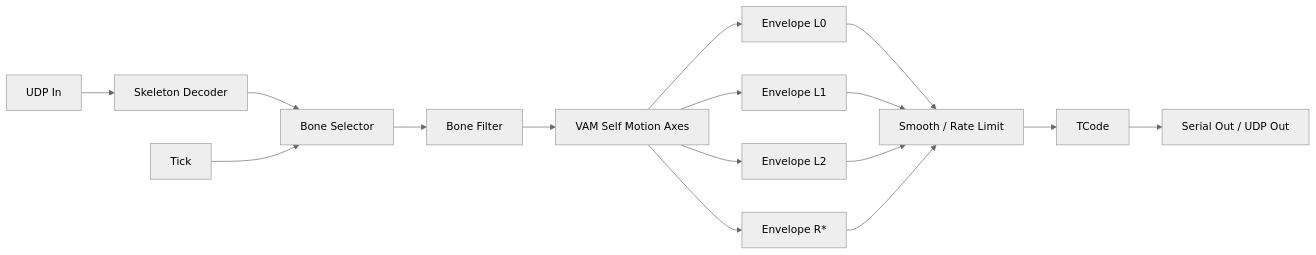
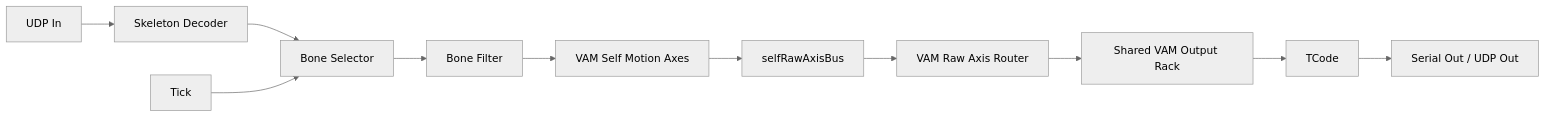
The second of 3 diagrams in docs/scenarios/vam-self-motion-fallback.md (FrogThe2nd/f8studio), drawn with Mermaid (neutral theme) before and after one commit. The commit also changed other lines of this file and 3 other files, not shown here.

Commit message:
Unify VAM branch output rack docs

````diff
--- a/docs/scenarios/vam-self-motion-fallback.md
+++ b/docs/scenarios/vam-self-motion-fallback.md
@@ -53,18 +54,13 @@
 ```mermaid
 flowchart LR
     UDP["UDP In"] --> Dec["Skeleton Decoder"]
     Dec --> Sel["Bone Selector"]
     Tick["Tick"] --> Sel
     Sel --> Filter["Bone Filter"]
     Filter --> Axes["VAM Self Motion Axes"]
-    Axes --> Env0["Envelope L0"]
-    Axes --> Env1["Envelope L1"]
-    Axes --> Env2["Envelope L2"]
-    Axes --> EnvR["Envelope R*"]
-    Env0 --> Shape["Smooth / Rate Limit"]
-    Env1 --> Shape
-    Env2 --> Shape
-    EnvR --> Shape
-    Shape --> TCode["TCode"]
+    Axes --> Bus["selfRawAxisBus"]
+    Bus --> Router["VAM Raw Axis Router"]
+    Router --> Rack["Shared VAM Output Rack"]
+    Rack --> TCode["TCode"]
     TCode --> Out["Serial Out / UDP Out"]
 ```
````
